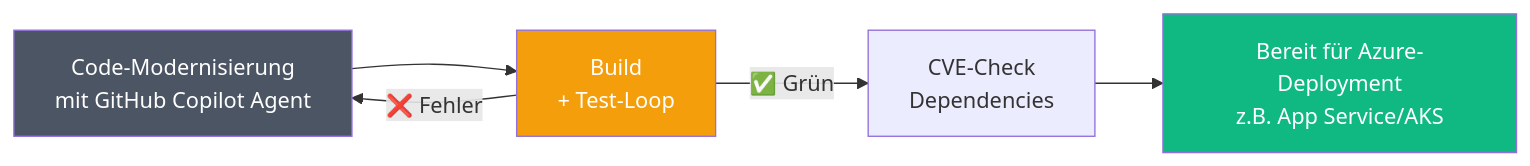
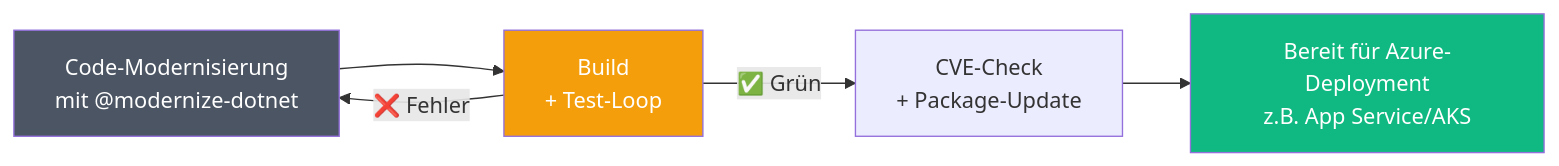
One commit to harrybin/presentations changed the second of 2 diagrams in special-slides/aiops-Mainteance-mit-KI/legacy-modernization.md. Above: the diagram before and after it, drawn with Mermaid. The commit also changed other lines of this file and 14 other files, not shown here.

Commit message:
feat: update slide decks with new content and images, including "Agenda", "Demo - Auto-Dokumentation", "Demo - Azure Copilot", "Demo - Legacy-Modernisierung", "Demo - Copilot Code Review", and "AIOps-Pipeline"

````diff
--- a/special-slides/aiops-Mainteance-mit-KI/legacy-modernization.md
+++ b/special-slides/aiops-Mainteance-mit-KI/legacy-modernization.md
@@ -93,11 +94,11 @@
 ```mermaid {scale: 0.6}
 graph LR
-    C[Code-Modernisierung<br/>mit GitHub Copilot Agent] --> D[Build<br/>+ Test-Loop]
+  C[Code-Modernisierung<br/>mit @modernize-dotnet] --> D[Build<br/>+ Test-Loop]
     D -->|❌ Fehler| C
-    D -->|✅ Grün| E[CVE-Check<br/>Dependencies]
+  D -->|✅ Grün| E[CVE-Check<br/>+ Package-Update]
     E --> F[Bereit für Azure-Deployment<br/>z.B. App Service/AKS]
 
     style C fill:#4b5563,color:#fff
     style D fill:#f59e0b,color:#fff
     style F fill:#10b981,color:#fff
 ```
````
